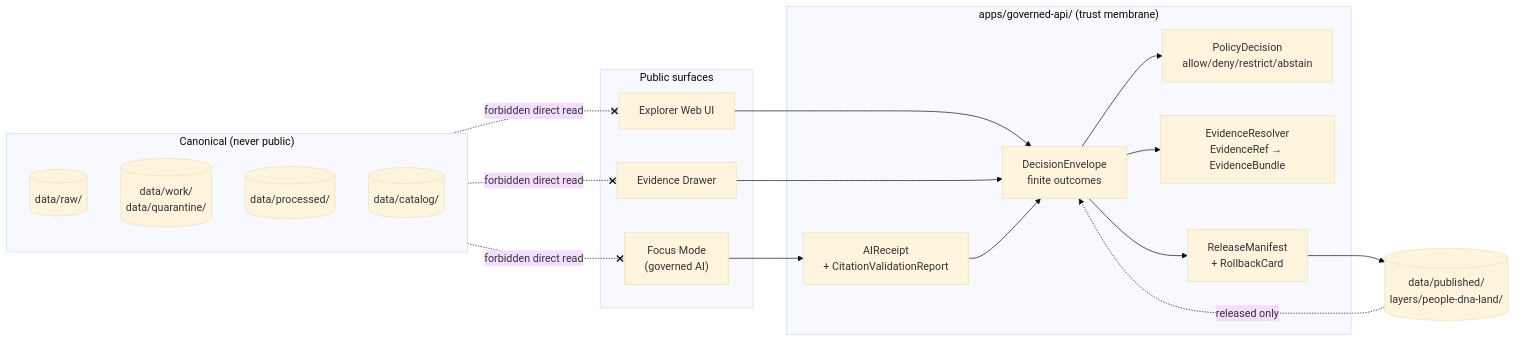
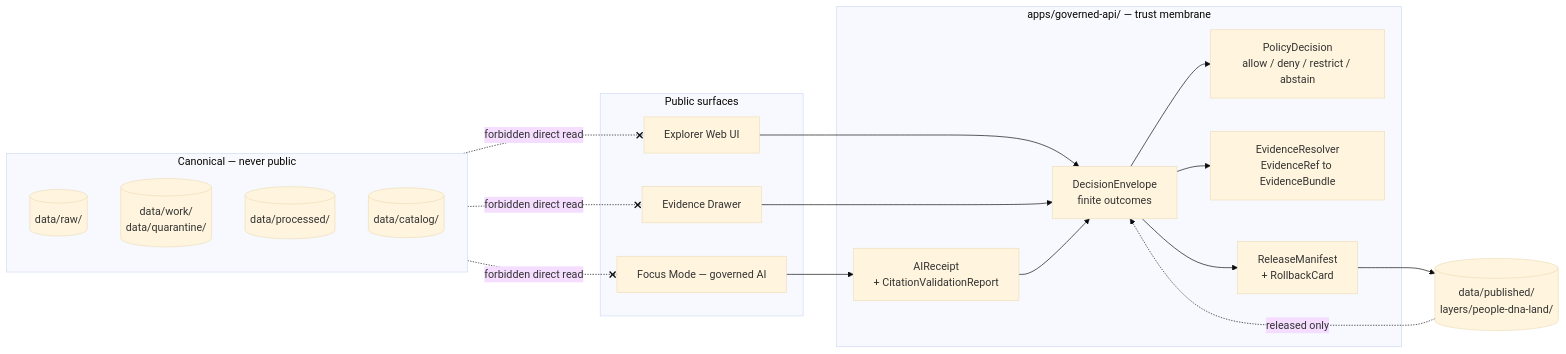
One commit to bartytime4life/Kansas-Frontier-Matrix changed the diagram in docs/domains/people-dna-land/API_CONTRACTS.md. Above: the diagram before and after it, drawn with Mermaid (base theme). The commit also changed other lines of this file, not shown here.

````diff
--- a/docs/domains/people-dna-land/API_CONTRACTS.md
+++ b/docs/domains/people-dna-land/API_CONTRACTS.md
@@ -151,39 +150,39 @@
 ```mermaid
 flowchart LR
   subgraph PUBLIC["Public surfaces"]
     UI["Explorer Web UI"]
     DR["Evidence Drawer"]
-    FM["Focus Mode<br/>(governed AI)"]
+    FM["Focus Mode — governed AI"]
   end
 
-  subgraph MEMBRANE["apps/governed-api/ (trust membrane)"]
+  subgraph MEMBRANE["apps/governed-api/ — trust membrane"]
     DE["DecisionEnvelope<br/>finite outcomes"]
-    POL["PolicyDecision<br/>allow/deny/restrict/abstain"]
-    ER["EvidenceResolver<br/>EvidenceRef → EvidenceBundle"]
+    POL["PolicyDecision<br/>allow / deny / restrict / abstain"]
+    ER["EvidenceResolver<br/>EvidenceRef to EvidenceBundle"]
     REL["ReleaseManifest<br/>+ RollbackCard"]
     AI["AIReceipt<br/>+ CitationValidationReport"]
   end
 
-  subgraph CANON["Canonical (never public)"]
+  subgraph CANON["Canonical — never public"]
     RAW[("data/raw/")]
     WQ[("data/work/<br/>data/quarantine/")]
     PROC[("data/processed/")]
     CAT[("data/catalog/")]
   end
 
   PUB[("data/published/<br/>layers/people-dna-land/")]
 
   UI --> DE
   DR --> DE
   FM --> AI
   AI --> DE
   DE --> POL
   DE --> ER
   DE --> REL
   REL --> PUB
 
   PUB -. released only .-> DE
   CANON -. forbidden direct read .-x UI
   CANON -. forbidden direct read .-x DR
   CANON -. forbidden direct read .-x FM
 ```
````
